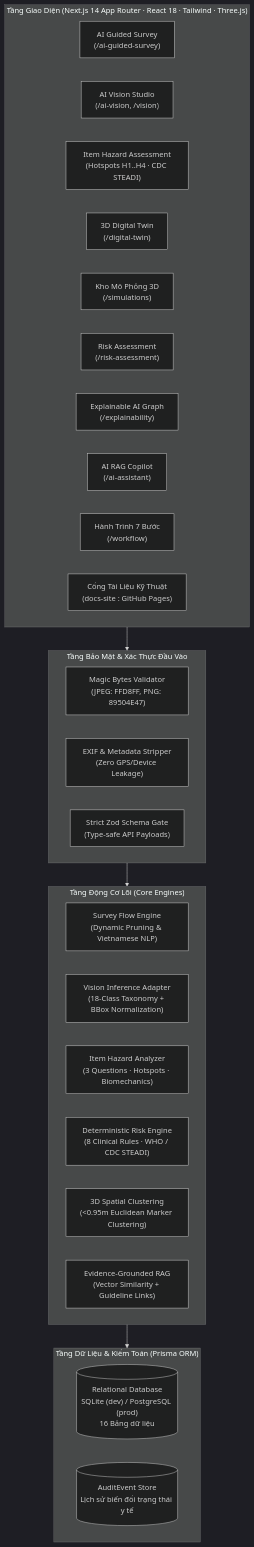
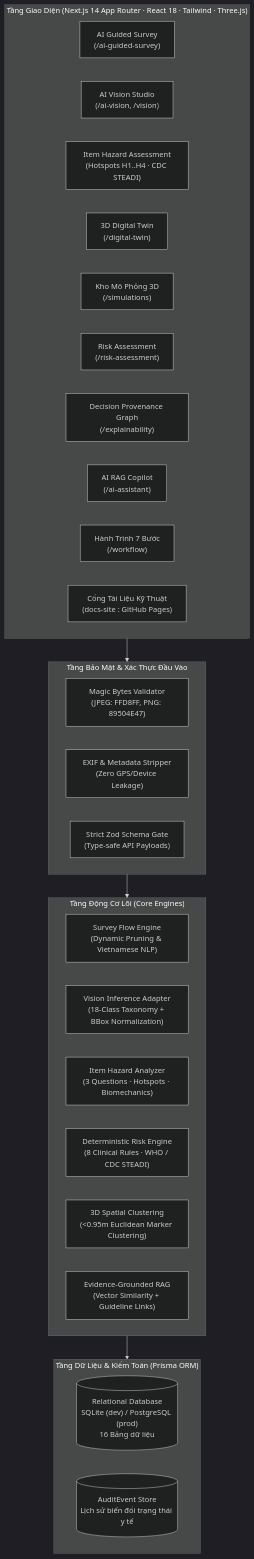
The diagram in README.md (NguyenTriBaoThang/SafeHome3DAI), drawn with Mermaid (dark theme) before and after one commit. The commit also changed other lines of this file and 11 other files, not shown here.

Commit message:
feat(risk): normalize decision traceability schema, graph provenance & 3D links (Task A10)

````diff
--- a/README.md
+++ b/README.md
@@ -199,39 +199,39 @@
 ```mermaid
 flowchart TB
     subgraph Client["Tầng Giao Diện (Next.js 14 App Router · React 18 · Tailwind · Three.js)"]
         UI_Survey["AI Guided Survey\n(/ai-guided-survey)"]
         UI_Vision["AI Vision Studio\n(/ai-vision, /vision)"]
         UI_ItemModal["Item Hazard Assessment\n(Hotspots H1..H4 · CDC STEADI)"]
         UI_3D["3D Digital Twin\n(/digital-twin)"]
         UI_Sim["Kho Mô Phỏng 3D\n(/simulations)"]
         UI_Risk["Risk Assessment\n(/risk-assessment)"]
-        UI_XAI["Explainable AI Graph\n(/explainability)"]
+        UI_XAI["Decision Provenance Graph\n(/explainability)"]
         UI_RAG["AI RAG Copilot\n(/ai-assistant)"]
         UI_Workflow["Hành Trình 7 Bước\n(/workflow)"]
         UI_Docs["Cổng Tài Liệu Kỹ Thuật\n(docs-site : GitHub Pages)"]
     end
 
     subgraph Security["Tầng Bảo Mật & Xác Thực Đầu Vào"]
         MagicBytes["Magic Bytes Validator\n(JPEG: FFD8FF, PNG: 89504E47)"]
         ExifStrip["EXIF & Metadata Stripper\n(Zero GPS/Device Leakage)"]
         ZodGate["Strict Zod Schema Gate\n(Type-safe API Payloads)"]
     end
 
     subgraph CoreEngines["Tầng Động Cơ Lõi (Core Engines)"]
         SurveyEngine["Survey Flow Engine\n(Dynamic Pruning & Vietnamese NLP)"]
         VisionEngine["Vision Inference Adapter\n(18-Class Taxonomy + BBox Normalization)"]
         ItemHazardEngine["Item Hazard Analyzer\n(3 Questions · Hotspots · Biomechanics)"]
         RiskEngine["Deterministic Risk Engine\n(8 Clinical Rules · WHO / CDC STEADI)"]
         TwinClustering["3D Spatial Clustering\n(<0.95m Euclidean Marker Clustering)"]
         RAGEngine["Evidence-Grounded RAG\n(Vector Similarity + Guideline Links)"]
     end
 
     subgraph Persistence["Tầng Dữ Liệu & Kiểm Toán (Prisma ORM)"]
         DB[("Relational Database\nSQLite (dev) / PostgreSQL (prod)\n16 Bảng dữ liệu")]
         AuditLog[("AuditEvent Store\nLịch sử biến đổi trạng thái y tế")]
     end
 
     Client --> Security
     Security --> CoreEngines
     CoreEngines --> Persistence
 ```
````
